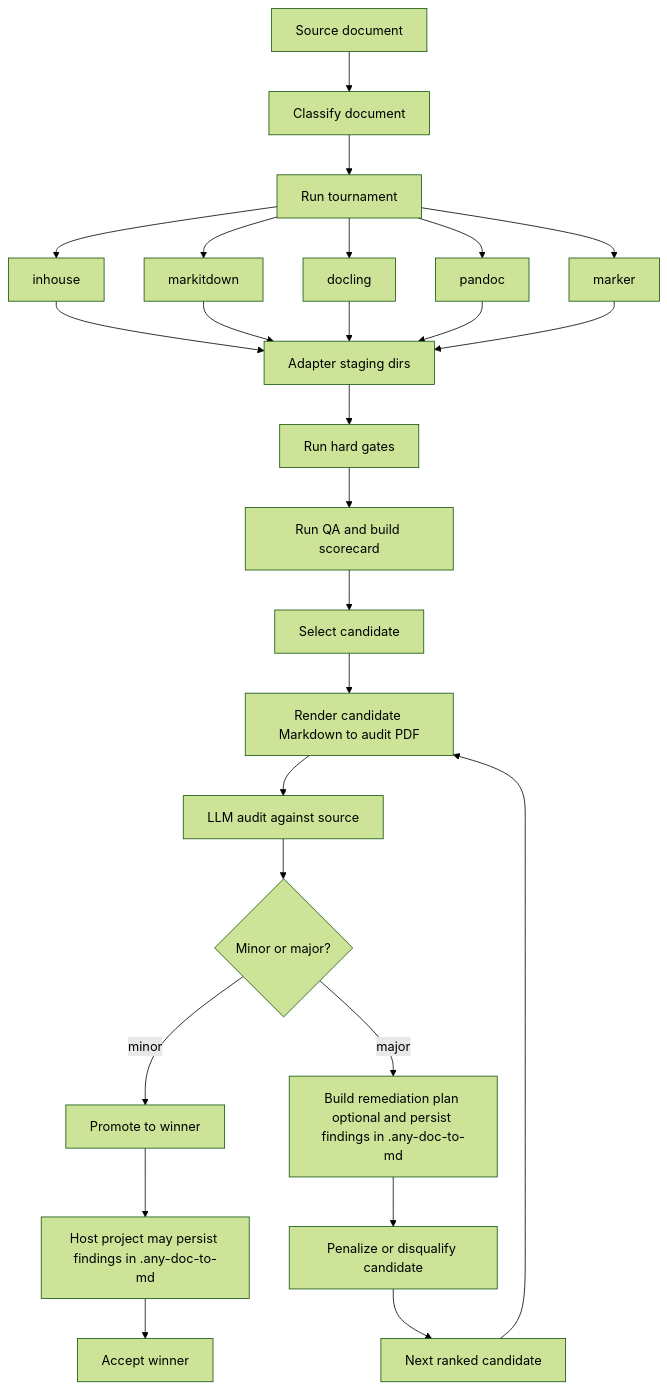
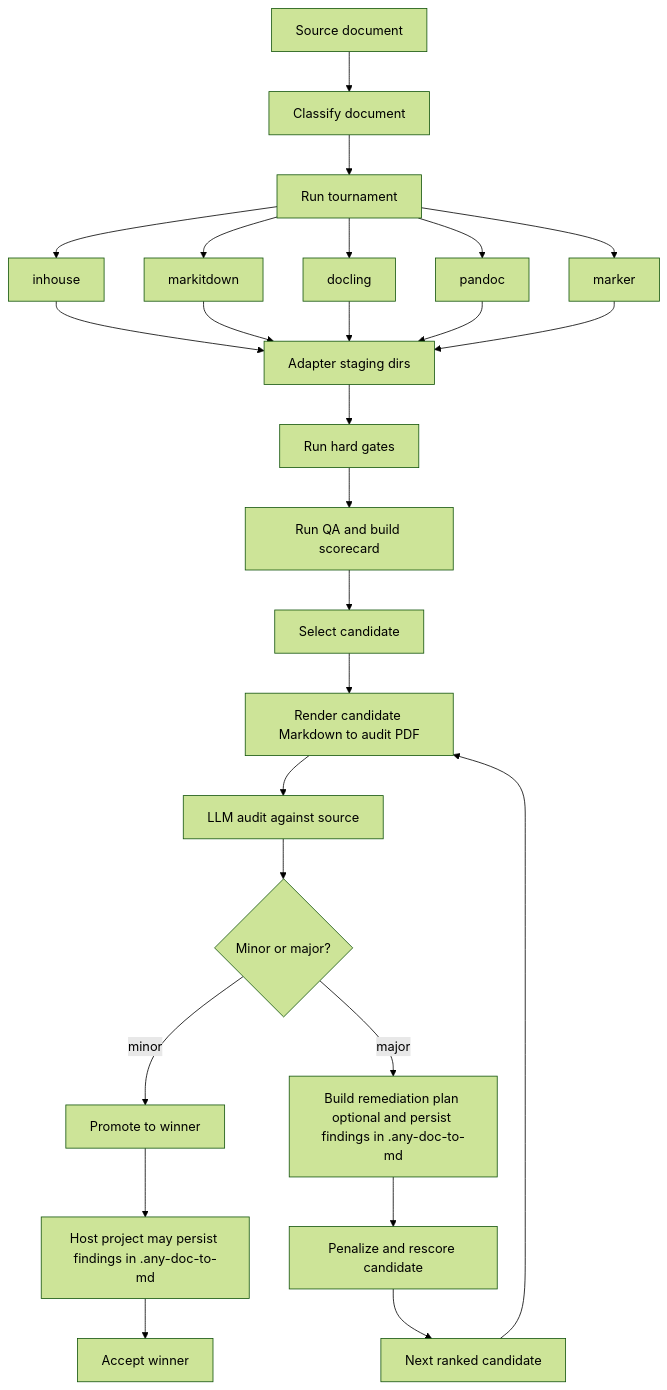
The diagram in README.md (Agent-Cognitive-Enterprise/any-doc-to-md), drawn with Mermaid (forest theme) before and after one commit. The commit also changed other lines of this file and 7 other files, not shown here.

Commit message:
- Add auto and light tournament audit modes.   - Make major audit findings penalize and rescore the current candidate before advancing.   - Export audit-mode helpers from package settings/init.   - Update README, canonical spec, and package regression tests for the new behavior.

````diff
--- a/README.md
+++ b/README.md
@@ -58,28 +48,28 @@
 ```mermaid
 flowchart TD
     A[Source document] --> B[Classify document]
     B --> C[Run tournament]
     C --> C1[inhouse]
     C --> C2[markitdown]
     C --> C3[docling]
     C --> C4[pandoc]
     C --> C5[marker]
     C1 --> D[Adapter staging dirs]
     C2 --> D
     C3 --> D
     C4 --> D
     C5 --> D
     D --> E[Run hard gates]
     E --> F[Run QA and build scorecard]
     F --> G[Select candidate]
     G --> H[Render candidate Markdown to audit PDF]
     H --> I[LLM audit against source]
     I --> J{Minor or major?}
     J -- minor --> N[Promote to winner]
     J -- major --> P[Build remediation plan optional and persist findings in .any-doc-to-md]
-    P --> L[Penalize or disqualify candidate]
+    P --> L[Penalize and rescore candidate]
     L --> M[Next ranked candidate]
     M --> H
     N --> O[Host project may persist findings in .any-doc-to-md]
     O --> K[Accept winner]
 ```
````
